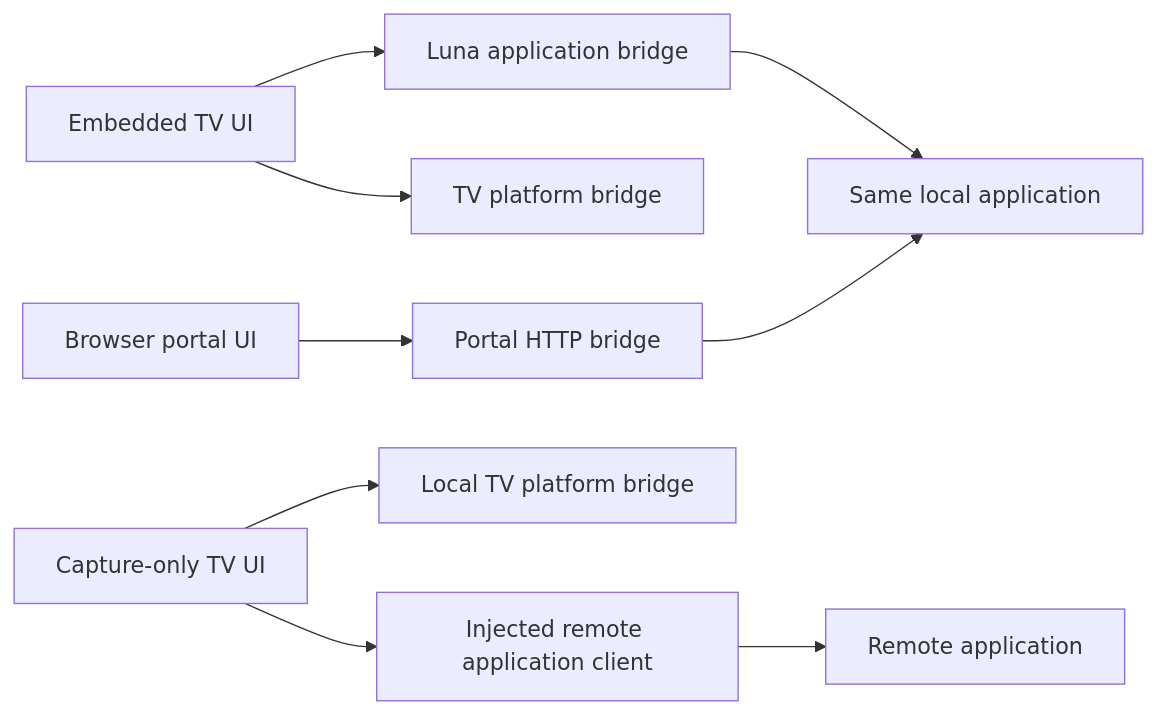
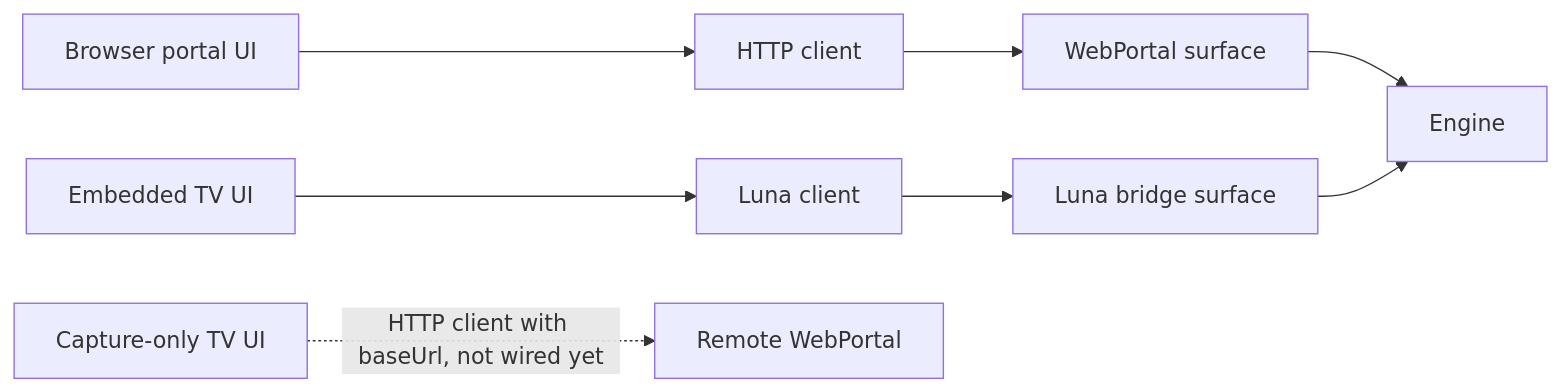
The diagram in v1/UI-ASSEMBLIES.md (ericschaal/prysm), drawn with Mermaid before and after one commit. The commit also changed other lines of this file and 337 other files, not shown here.

````diff
--- a/v1/UI-ASSEMBLIES.md
+++ b/v1/UI-ASSEMBLIES.md
@@ -31,11 +31,8 @@
 ```mermaid
 flowchart LR
-    TV[Embedded TV UI] --> Luna[Luna application bridge]
-    Browser[Browser portal UI] --> HTTP[Portal HTTP bridge]
-    Luna --> App[Same local application]
-    HTTP --> App
-    TV --> Platform[TV platform bridge]
-    Slim[Capture-only TV UI] --> Platform2[Local TV platform bridge]
-    Slim --> Remote[Injected remote application client]
-    Remote --> Server[Remote application]
+    Browser[Browser portal UI] --> HTTP[HTTP client] --> Portal[WebPortal surface]
+    TV[Embedded TV UI] --> Luna[Luna client] --> Bridge[Luna bridge surface]
+    Portal --> Engine
+    Bridge --> Engine
+    Slim[Capture-only TV UI] -.->|HTTP client with baseUrl, not wired yet| Remote[Remote WebPortal]
 ```
````
